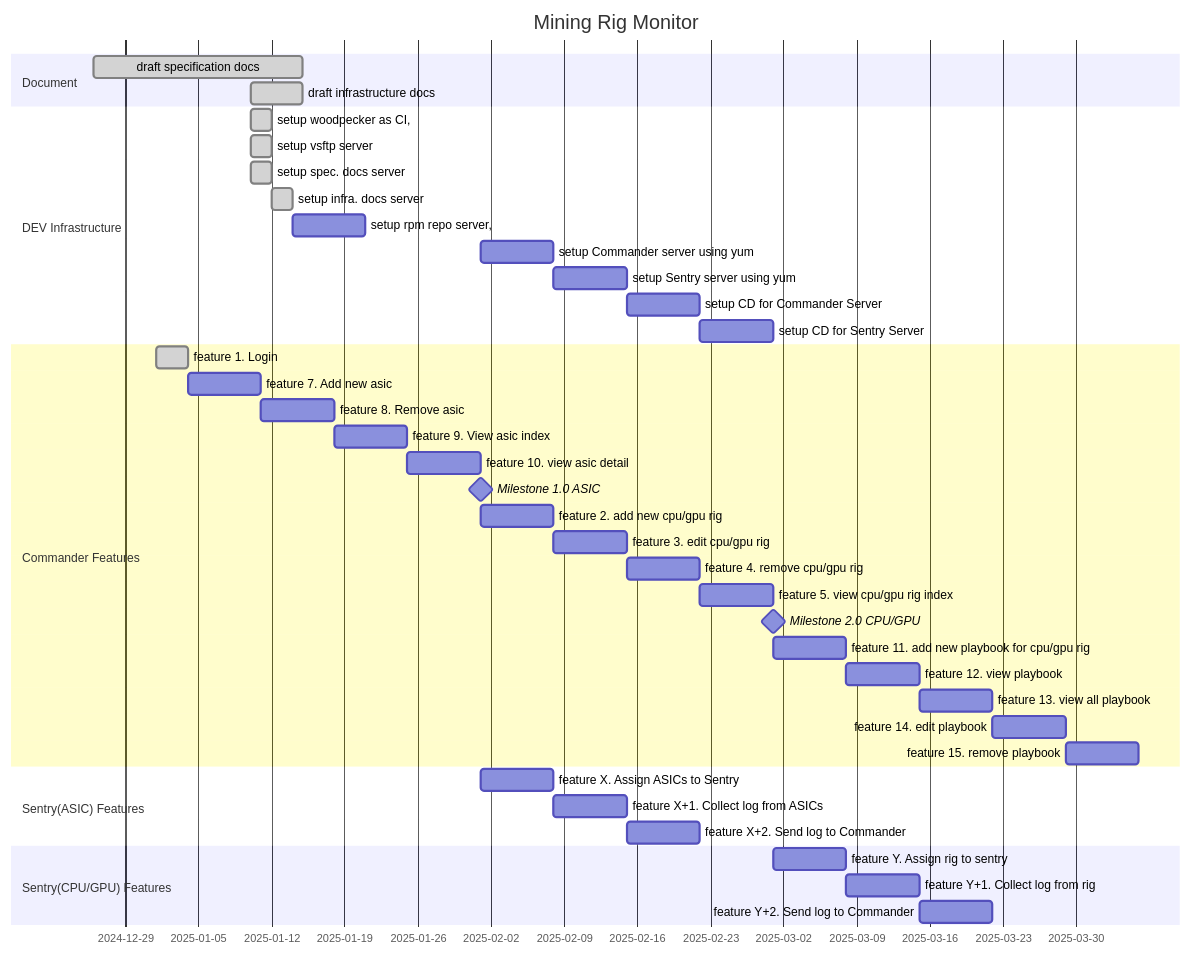
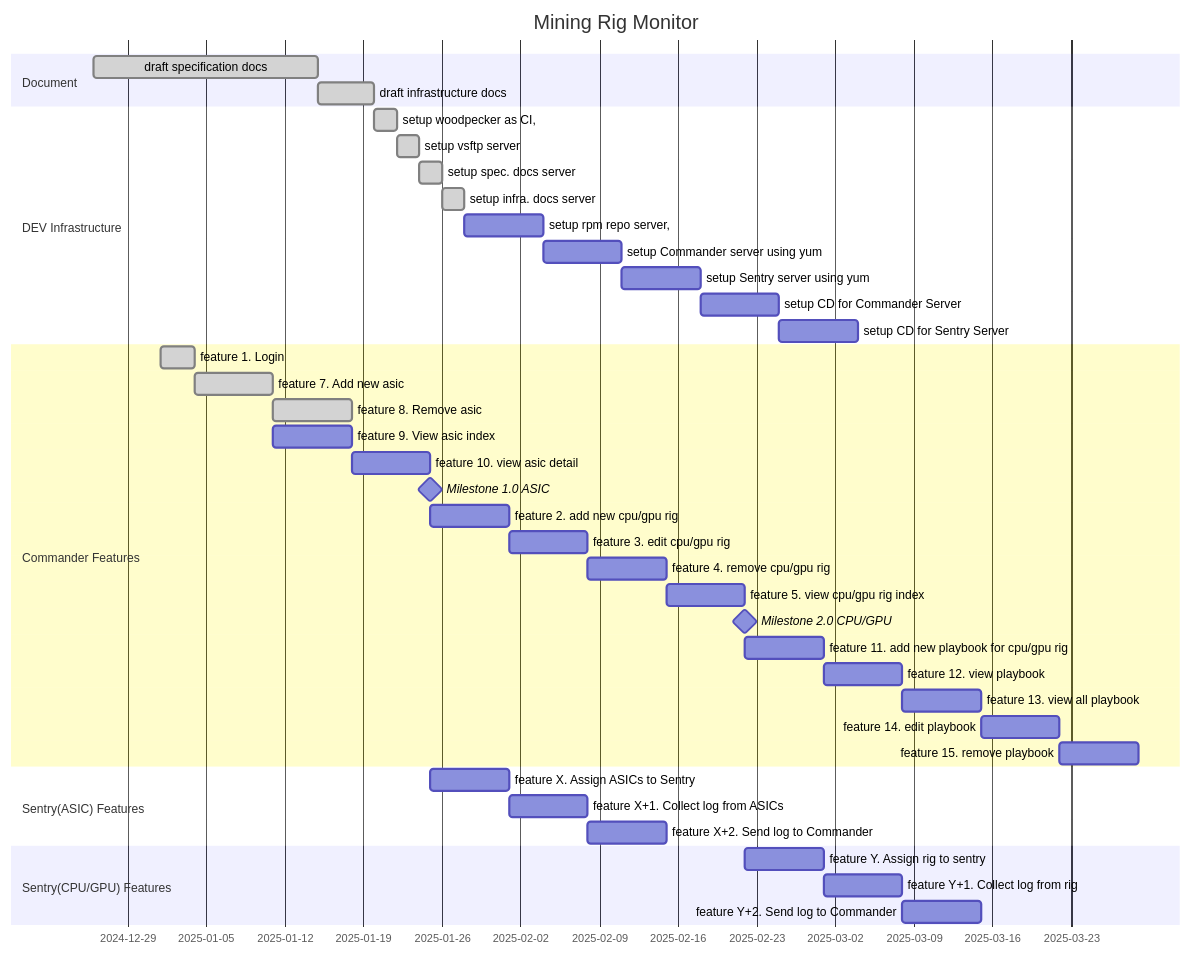
The diagram in docs/06-project-management-fullscreen.md (nguyenvinhlinh/Mining-Rig-Monitor-Document), drawn with Mermaid before and after one commit. The commit also changed 1 other file, not shown here.

````diff
--- a/docs/06-project-management-fullscreen.md
+++ b/docs/06-project-management-fullscreen.md
@@ -8,53 +8,53 @@
 ```mermaid
 gantt
     title Mining Rig Monitor
     dateFormat YYYY-MM-DD
 
     section Document
-        draft specification  docs      :done, :wsd, 2024-12-26, 20d
-        draft infrastructure docs      :done, :wid, after wsd, 5d
+        draft specification  docs      :done, wsd, 2024-12-26, 20d
+        draft infrastructure docs      :done, wid, after wsd, 5d
     section DEV Infrastructure
-        setup woodpecker as CI,        :done, :swci, after wid, 2d
-        setup vsftp server             :done, :svsftp, after swci, 2d
-        setup spec. docs server        :done, :ssds, after svsftp, 2d
-        setup infra. docs server       :done, :sids, after ssds, 2d
+        setup woodpecker as CI,        :done, swci, after wid, 2d
+        setup vsftp server             :done, svsftp, after swci, 2d
+        setup spec. docs server        :done, ssds, after svsftp, 2d
+        setup infra. docs server       :done, sids, after ssds, 2d
         setup rpm repo server,         :srps, after sids, 1w
 
-        setup Commander server using yum :scs, after f10, 1w
+        setup Commander server using yum :scs, after srps, 1w
         setup Sentry server using yum    :sss, after scs, 1w
         setup CD for Commander Server   :scdcs, after sss, 1w
         setup CD for Sentry Server      :scdss, after scdcs, 1w
     section Commander Features
-        feature  1. Login              :done, :f01, 2025-01-01, 3d
+        feature  1. Login              :done, f01, 2025-01-01, 3d
 
-        feature  7. Add new asic       :f07, after f01, 1w
-        feature  8. Remove asic        :f08, after f07, 1w
-        feature  9. View asic index    :f09, after f08, 1w
+        feature  7. Add new asic       :done, f07, after f01, 1w
+        feature  8. Remove asic        :done, f08, after f07, 1w
+        feature  9. View asic index    :f09, 2025-01-11, 1w
         feature 10. view asic detail   :f10, after f09, 1w
 
         Milestone 1.0 ASIC: milestone, m1, after f10, 2m
 
         feature 2. add new cpu/gpu rig    :f02, after f10, 1w
         feature 3. edit cpu/gpu rig       :f03, after f02, 1w
         feature 4. remove cpu/gpu rig     :f04, after f03, 1w
         feature 5. view cpu/gpu rig index :f05, after f04, 1w
 
         Milestone 2.0 CPU/GPU: milestone, m2, after f05, 2m
 
         feature 11. add new playbook for cpu/gpu rig  :f11, after f05, 1w
         feature 12. view playbook                     :f12, after f11, 1w
         feature 13. view all playbook                 :f13, after f12, 1w
         feature 14. edit playbook                     :f14, after f13, 1w
         feature 15. remove playbook                   :f15, after f14, 1w
 
     section Sentry(ASIC) Features
         feature X. Assign ASICs to Sentry    :fx,  after f10, 1w
         feature X+1. Collect log from ASICs  :fx1, after fx,  1w
         feature X+2. Send log to Commander   :fx2, after fx1, 1w
 
     section Sentry(CPU/GPU) Features
         feature Y. Assign rig to sentry    :fy, after f05, 1w
         feature Y+1. Collect log from rig  :fy1, after fy, 1w
         feature Y+2. Send log to Commander :fy2, after fy1, 1w
 
 ```
````
